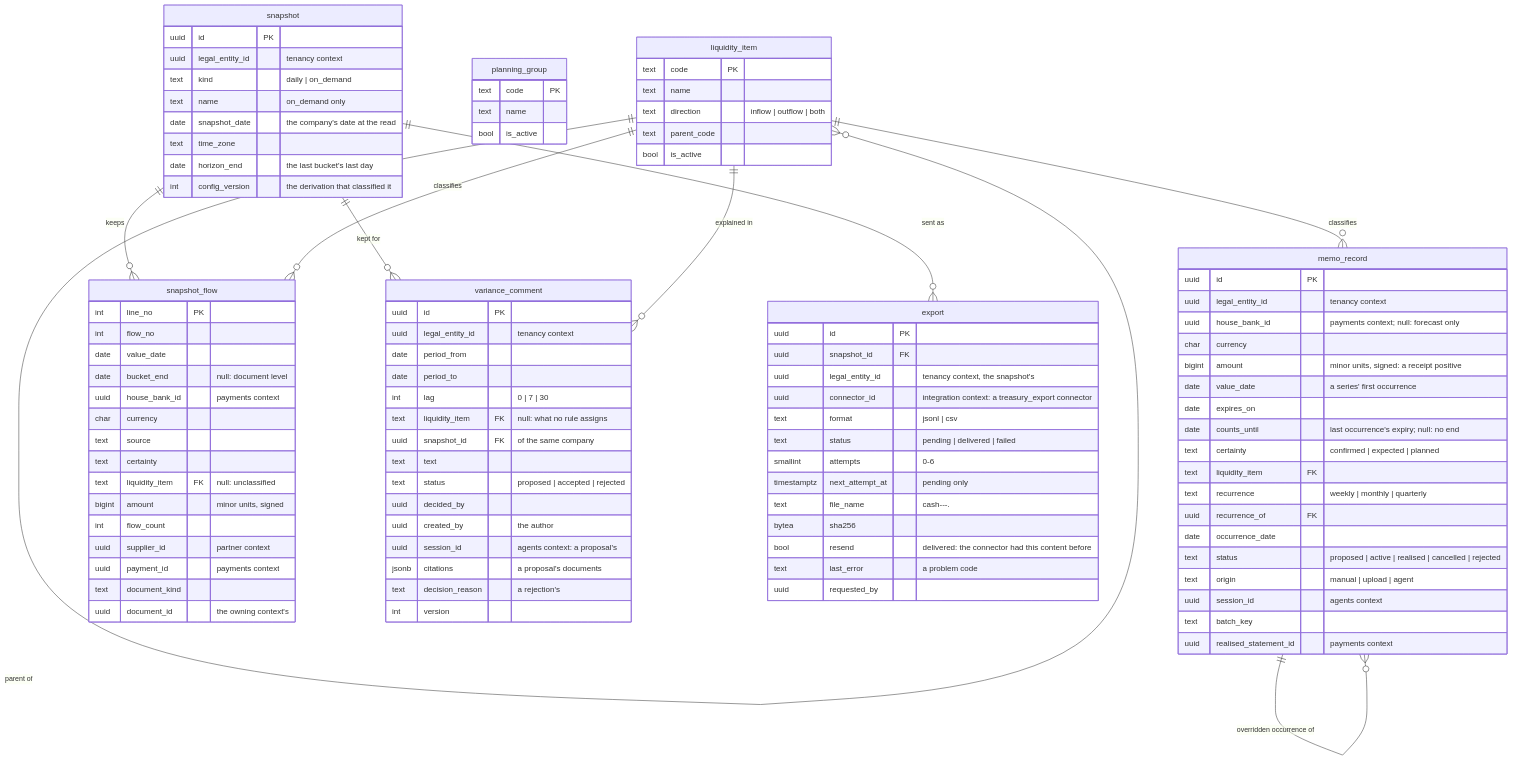
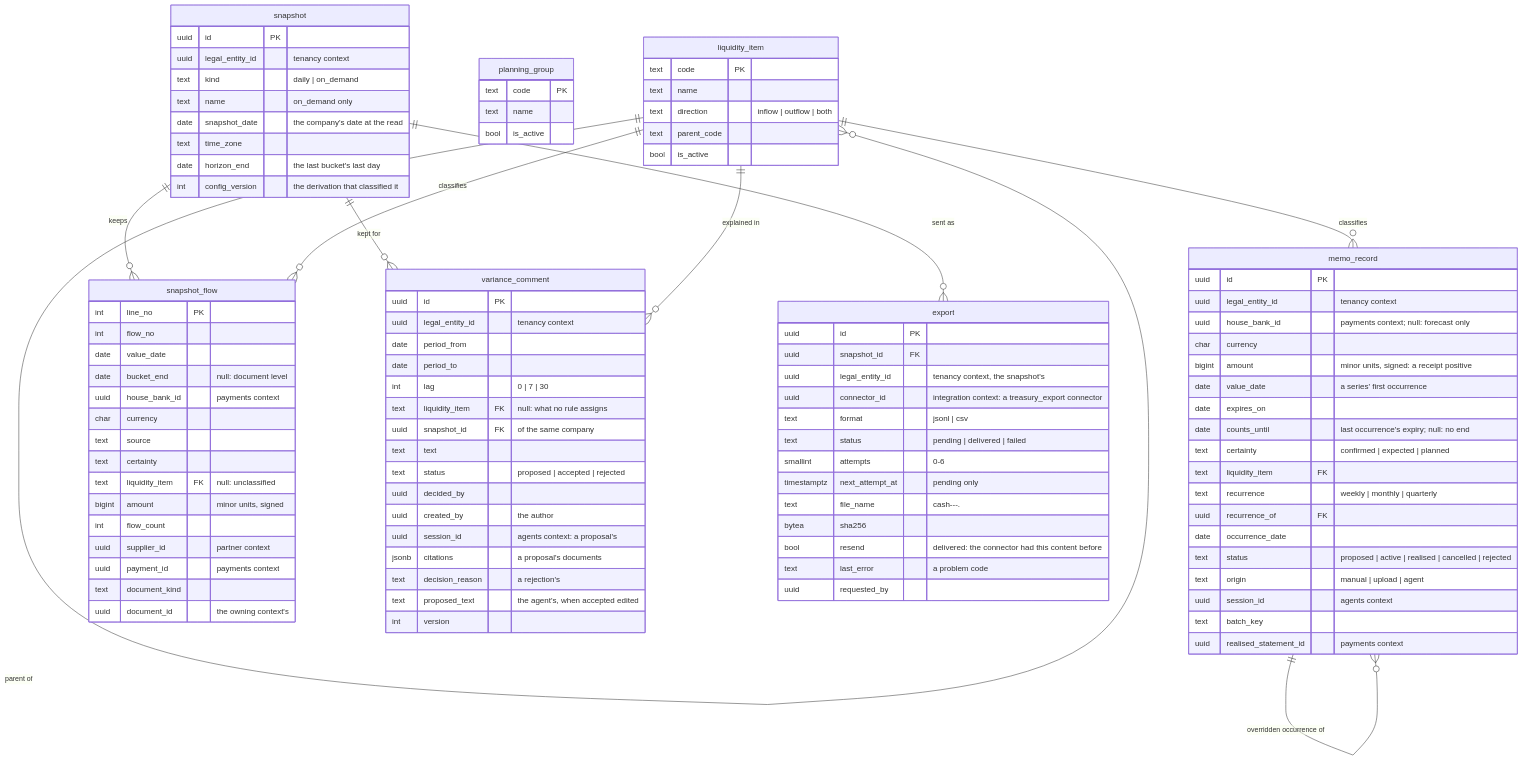
One commit to mustie7iy/agentic-erp changed the tenth of 13 diagrams in docs/design/03-data-model.md. Above: the diagram before and after it, drawn with Mermaid. The commit also changed other lines of this file and 37 other files, not shown here.

```diff
--- a/docs/design/03-data-model.md
+++ b/docs/design/03-data-model.md
@@ -2796,6 +2796,7 @@
     uuid session_id "agents context: a proposal's"
     jsonb citations "a proposal's documents"
     text decision_reason "a rejection's"
+    text proposed_text "the agent's, when accepted edited"
     int version }
   snapshot ||--o{ export : "sent as"
   export { uuid id PK
```
